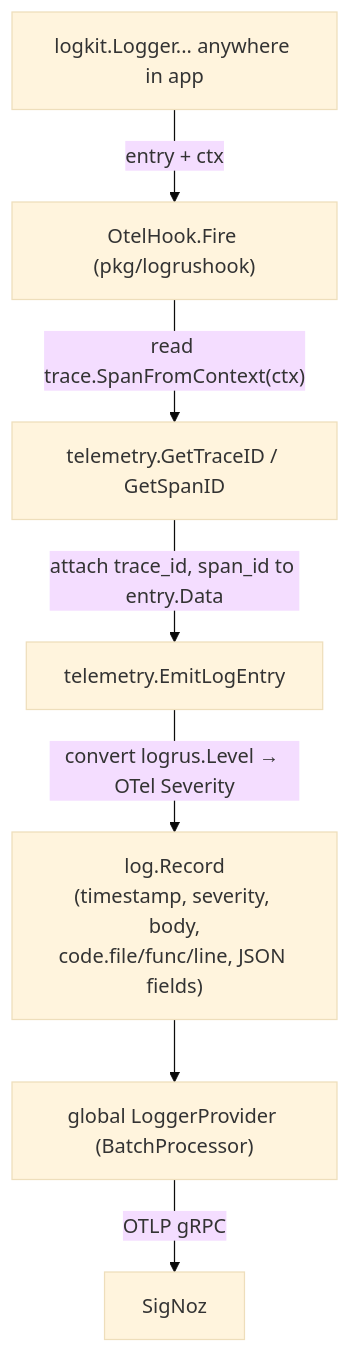
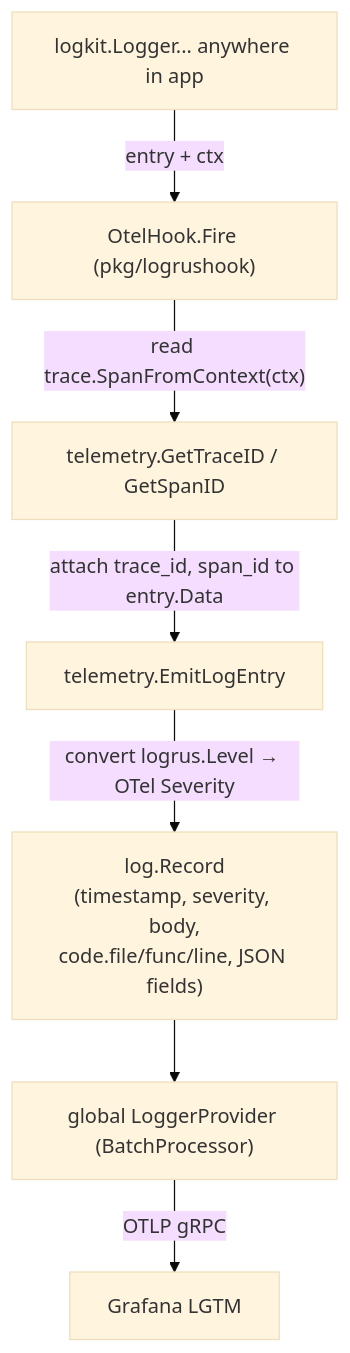
One commit to Hidayathamir/golang-clean-architecture changed the fifth of 8 diagrams in .opencode/skills/otel-architecture/SKILL.md. Above: the diagram before and after it, drawn with Mermaid (base theme). The commit also changed other lines of this file and 13 other files, not shown here.

First line of the commit message:
refactor(observability): migrate from SigNoz to Grafana LGTM

````diff
--- a/.opencode/skills/otel-architecture/SKILL.md
+++ b/.opencode/skills/otel-architecture/SKILL.md
@@ -190,9 +190,9 @@
 ```mermaid
 flowchart TD
     AppCode["logkit.Logger... anywhere in app"] -->|"entry + ctx"| Hook["OtelHook.Fire (pkg/logrushook)"]
     Hook -->|"read trace.SpanFromContext(ctx)"| Getter["telemetry.GetTraceID / GetSpanID"]
     Getter -->|"attach trace_id, span_id to entry.Data"| Emit["telemetry.EmitLogEntry"]
     Emit -->|"convert logrus.Level → OTel Severity"| Record["log.Record<br/>(timestamp, severity, body,<br/>code.file/func/line, JSON fields)"]
     Record --> LoggerProvider["global LoggerProvider (BatchProcessor)"]
-    LoggerProvider -->|"OTLP gRPC"| SigNoz["SigNoz"]
+    LoggerProvider -->|"OTLP gRPC"| LGTM["Grafana LGTM"]
 ```
````
